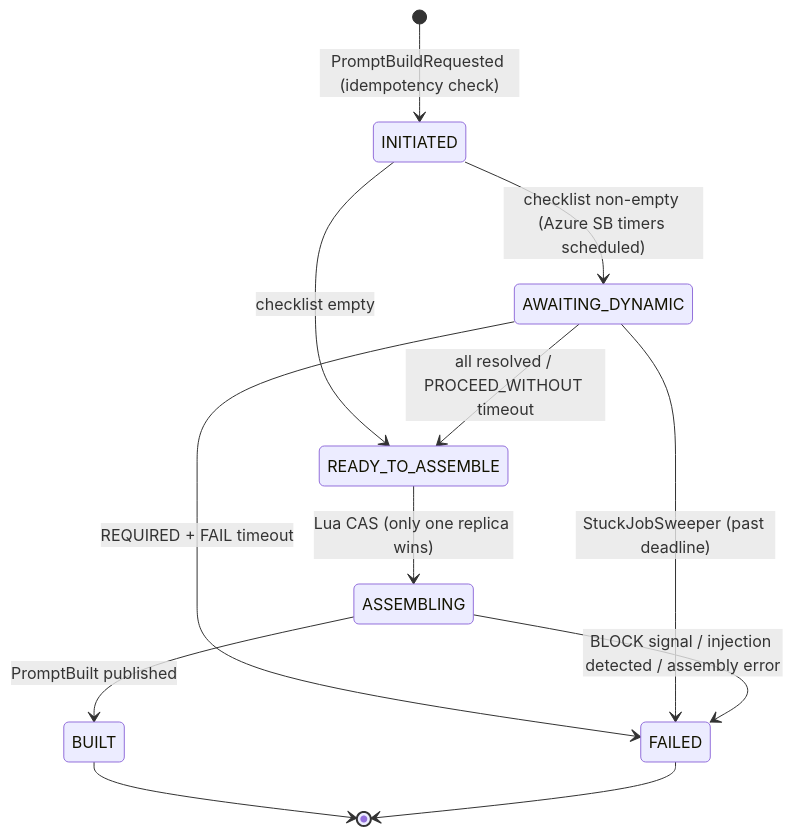
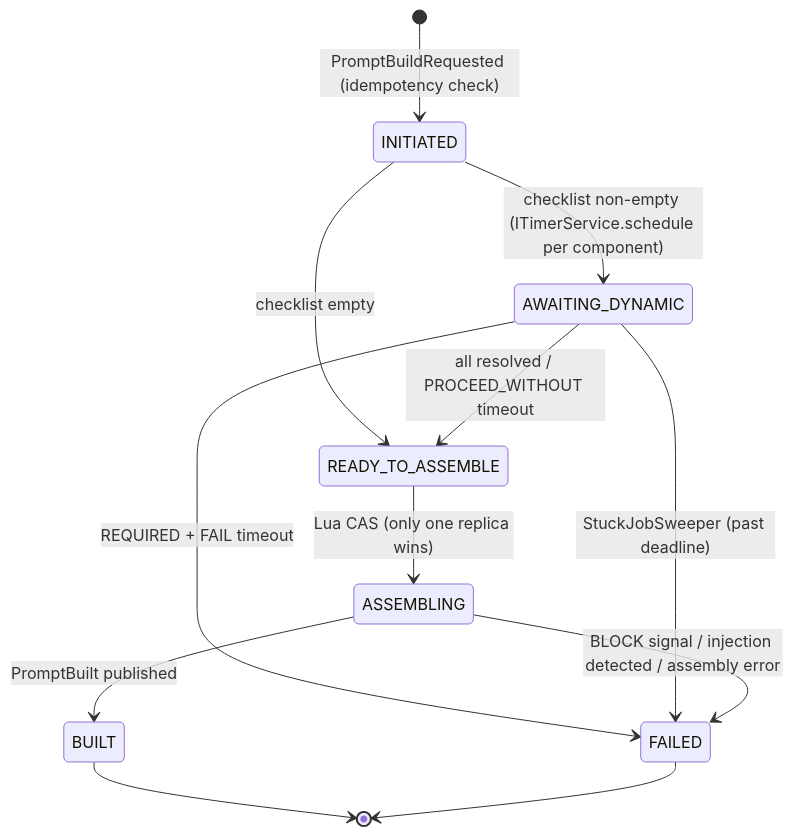
The third of 5 diagrams in AWA_Agent_Cortex_TDD.md (Siddharth2908/Prompt_Builder), drawn with Mermaid before and after one commit. The commit also changed other lines of this file, not shown here.

````diff
--- a/AWA_Agent_Cortex_TDD.md
+++ b/AWA_Agent_Cortex_TDD.md
@@ -1694,18 +1747,18 @@
 ```mermaid
 stateDiagram-v2
     [*] --> INITIATED : PromptBuildRequested (idempotency check)
 
-    INITIATED --> AWAITING_DYNAMIC : checklist non-empty (Azure SB timers scheduled)
+    INITIATED --> AWAITING_DYNAMIC : checklist non-empty (ITimerService.schedule per component)
     INITIATED --> READY_TO_ASSEMBLE : checklist empty
 
     AWAITING_DYNAMIC --> READY_TO_ASSEMBLE : all resolved / PROCEED_WITHOUT timeout
     AWAITING_DYNAMIC --> FAILED : REQUIRED + FAIL timeout
     AWAITING_DYNAMIC --> FAILED : StuckJobSweeper (past deadline)
 
     READY_TO_ASSEMBLE --> ASSEMBLING : Lua CAS (only one replica wins)
     ASSEMBLING --> BUILT : PromptBuilt published
     ASSEMBLING --> FAILED : BLOCK signal / injection detected / assembly error
 
     BUILT --> [*]
     FAILED --> [*]
 ```
````
